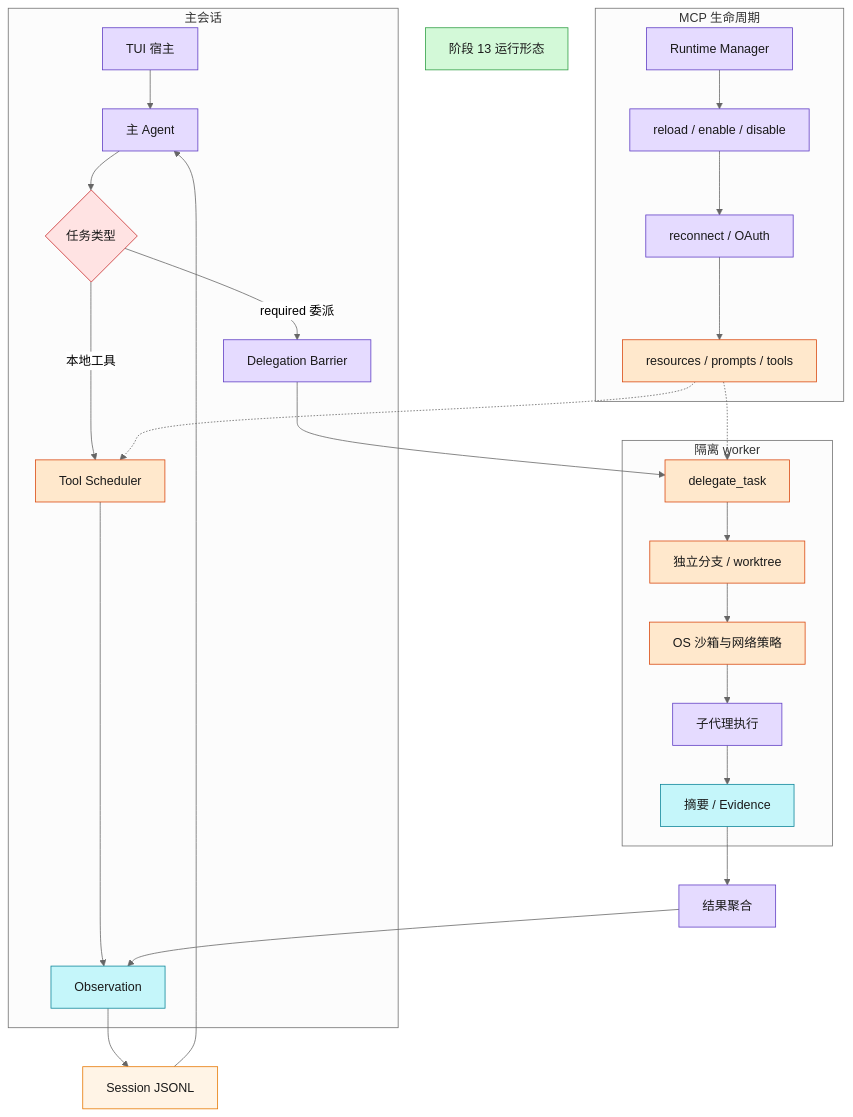
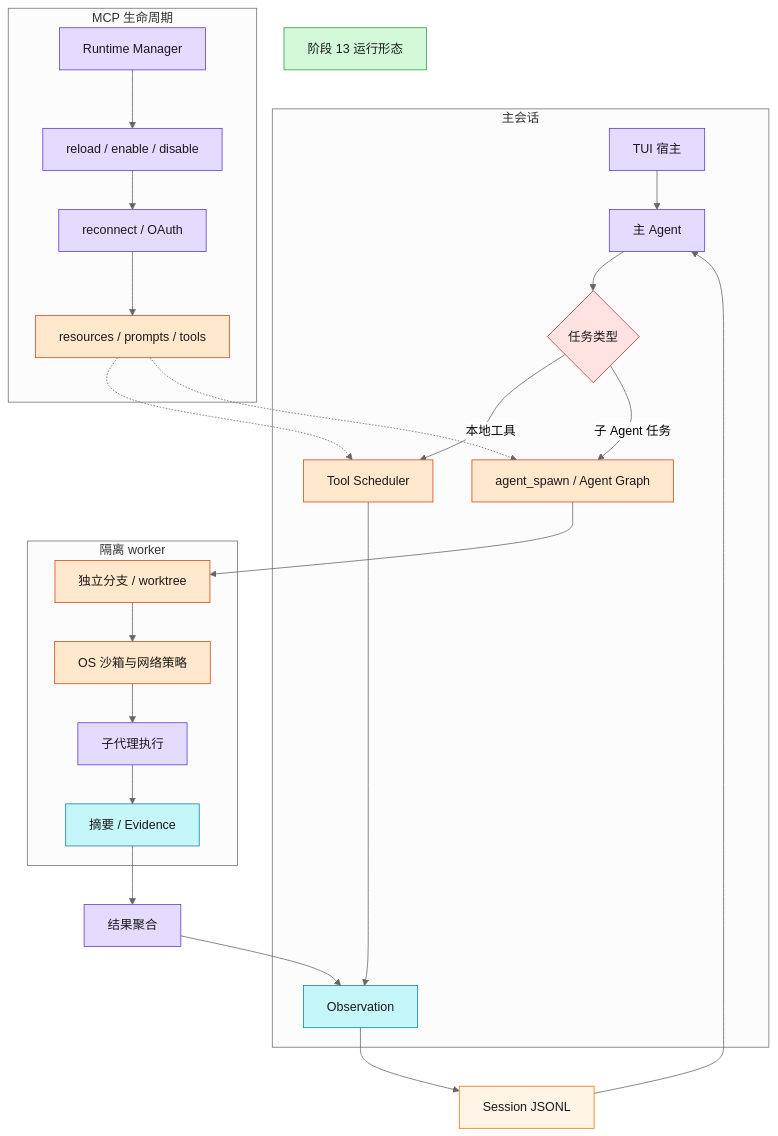
One commit to 99Gaoxiaoqi/pico-harness changed the diagram in docs/images/pico-harness-architecture/stage13-isolated-runtime.mmd. Above: the diagram before and after it, drawn with Mermaid (neutral theme). The commit also changed 66 other files, not shown here.

```diff
--- a/docs/images/pico-harness-architecture/stage13-isolated-runtime.mmd
+++ b/docs/images/pico-harness-architecture/stage13-isolated-runtime.mmd
@@ -1,45 +1,44 @@
 flowchart TB
     A[阶段 13 运行形态]
 
     subgraph MAIN[主会话]
         T[TUI 宿主] --> M[主 Agent]
         M --> Q{任务类型}
         Q -- 本地工具 --> L[Tool Scheduler]
-        Q -- required 委派 --> B[Delegation Barrier]
+        Q -- 子 Agent 任务 --> D[agent_spawn / Agent Graph]
         L --> O[Observation]
     end
 
     subgraph WORKER[隔离 worker]
-        B --> D[delegate_task]
         D --> W1[独立分支 / worktree]
         W1 --> W2[OS 沙箱与网络策略]
         W2 --> W3[子代理执行]
         W3 --> W4[摘要 / Evidence]
     end
 
     subgraph MCP[MCP 生命周期]
         R1[Runtime Manager] --> R2[reload / enable / disable]
         R2 --> R3[reconnect / OAuth]
         R3 --> R4[resources / prompts / tools]
     end
 
     W4 --> G[结果聚合]
     G --> O
     R4 -.-> L
     R4 -.-> D
     O --> S[Session JSONL]
     S --> M
 
     classDef input fill:#d3f9d8,stroke:#2f9e44,color:#1a1a1a
     classDef process fill:#e5dbff,stroke:#5f3dc4,color:#1a1a1a
     classDef decision fill:#ffe3e3,stroke:#c92a2a,color:#1a1a1a
     classDef action fill:#ffe8cc,stroke:#d9480f,color:#1a1a1a
     classDef output fill:#c5f6fa,stroke:#0c8599,color:#1a1a1a
     classDef storage fill:#fff4e6,stroke:#e67700,color:#1a1a1a
 
     class A input
-    class T,M,B,W3,G,R1,R2,R3 process
+    class T,M,W3,G,R1,R2,R3 process
     class Q decision
     class L,D,W1,W2,R4 action
     class O,W4 output
     class S storage
```
